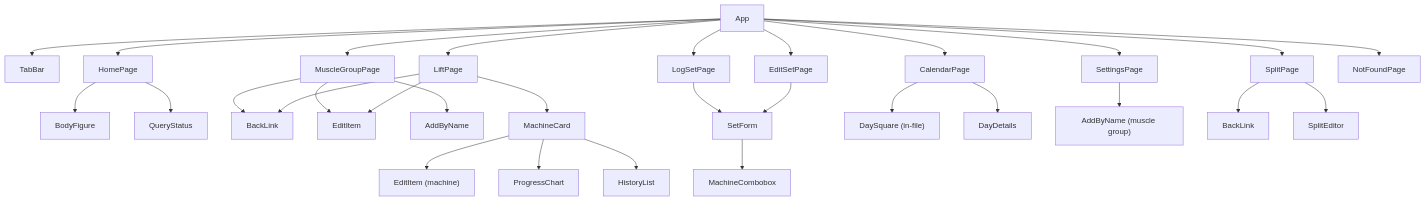
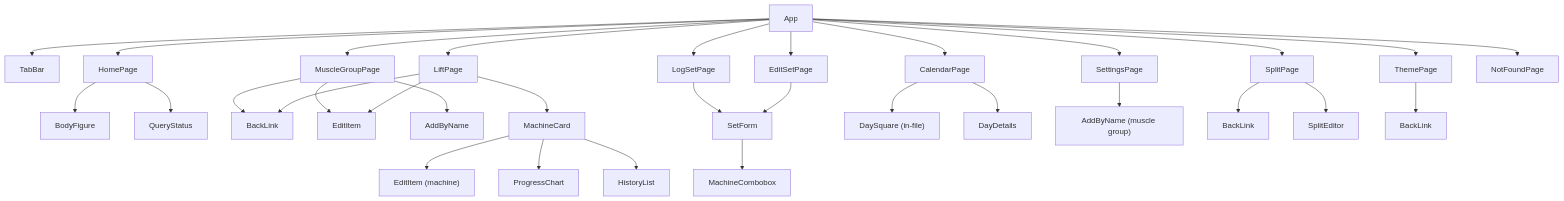
Before and after one commit to coopermay/fitness-tracker: the third of 3 diagrams in docs/06-frontend/README.md, drawn with Mermaid. The commit also changed other lines of this file and 13 other files, not shown here.

Commit message:
Theme on its own settings page; reorder settings; clearer figures on today's tiles

````diff
--- a/docs/06-frontend/README.md
+++ b/docs/06-frontend/README.md
@@ -81,38 +84,40 @@
 ```mermaid
 flowchart TD
     App --> TabBar
     App --> HomePage
     App --> MuscleGroupPage
     App --> LiftPage
     App --> LogSetPage
     App --> EditSetPage
     App --> CalendarPage
     App --> SettingsPage
     App --> SplitPage
+    App --> ThemePage
     App --> NotFoundPage
 
     HomePage --> BodyFigure
     HomePage --> QueryStatus
 
     MuscleGroupPage --> BackLink
     MuscleGroupPage --> EditItem
     MuscleGroupPage --> AddByName
 
     LiftPage --> BackLink
     LiftPage --> EditItem
     LiftPage --> MachineCard
     MachineCard --> EditItem2["EditItem (machine)"]
     MachineCard --> ProgressChart
     MachineCard --> HistoryList
 
     LogSetPage --> SetForm
     EditSetPage --> SetForm
     SetForm --> MachineCombobox
 
     CalendarPage --> DaySquare["DaySquare (in-file)"]
     CalendarPage --> DayDetails
 
     SettingsPage --> AddByName2["AddByName (muscle group)"]
     SplitPage --> BackLink2["BackLink"]
     SplitPage --> SplitEditor
+    ThemePage --> BackLink3["BackLink"]
 ```
````
